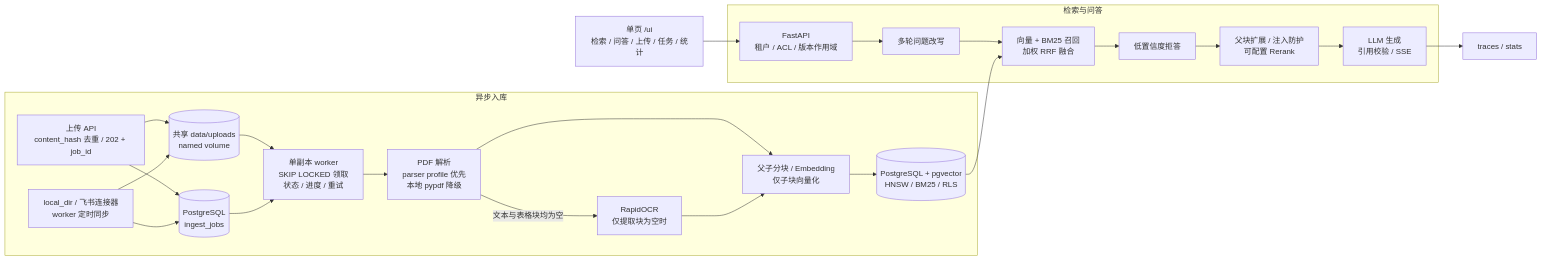
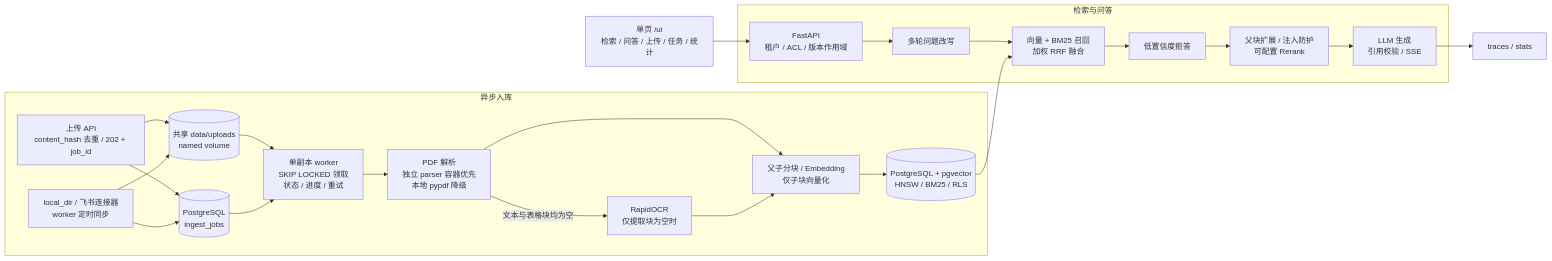
One commit to dengyouming163/rag-knowledge-base changed the diagram in README.md. Above: the diagram before and after it, drawn with Mermaid. The commit also changed other lines of this file and 2 other files, not shown here.

Commit message:
docs: fix clean checkout parser startup

````diff
--- a/README.md
+++ b/README.md
@@ -7,39 +7,39 @@
 ```mermaid
 flowchart LR
     subgraph INGEST[异步入库]
         U[上传 API<br/>content_hash 去重 / 202 + job_id]
         C[local_dir / 飞书连接器<br/>worker 定时同步]
         S[(共享 data/uploads<br/>named volume)]
         Q[(PostgreSQL<br/>ingest_jobs)]
         W[单副本 worker<br/>SKIP LOCKED 领取<br/>状态 / 进度 / 重试]
-        P[PDF 解析<br/>parser profile 优先<br/>本地 pypdf 降级]
+        P[PDF 解析<br/>独立 parser 容器优先<br/>本地 pypdf 降级]
         O[RapidOCR<br/>仅提取块为空时]
         E[父子分块 / Embedding<br/>仅子块向量化]
         D[(PostgreSQL + pgvector<br/>HNSW / BM25 / RLS)]
         U --> S
         C --> S
         U --> Q
         C --> Q
         S --> W
         Q --> W
         W --> P
         P -->|文本与表格块均为空| O
         P --> E
         O --> E
         E --> D
     end
 
     subgraph QUERY[检索与问答]
         A[FastAPI<br/>租户 / ACL / 版本作用域]
         R[多轮问题改写]
         H[向量 + BM25 召回<br/>加权 RRF 融合]
         F[低置信度拒答]
         X[父块扩展 / 注入防护<br/>可配置 Rerank]
         L[LLM 生成<br/>引用校验 / SSE]
         A --> R --> H --> F --> X --> L
     end
 
     D --> H
     UI[单页 /ui<br/>检索 / 问答 / 上传 / 任务 / 统计] --> A
     L --> T[traces / stats]
 ```
````
